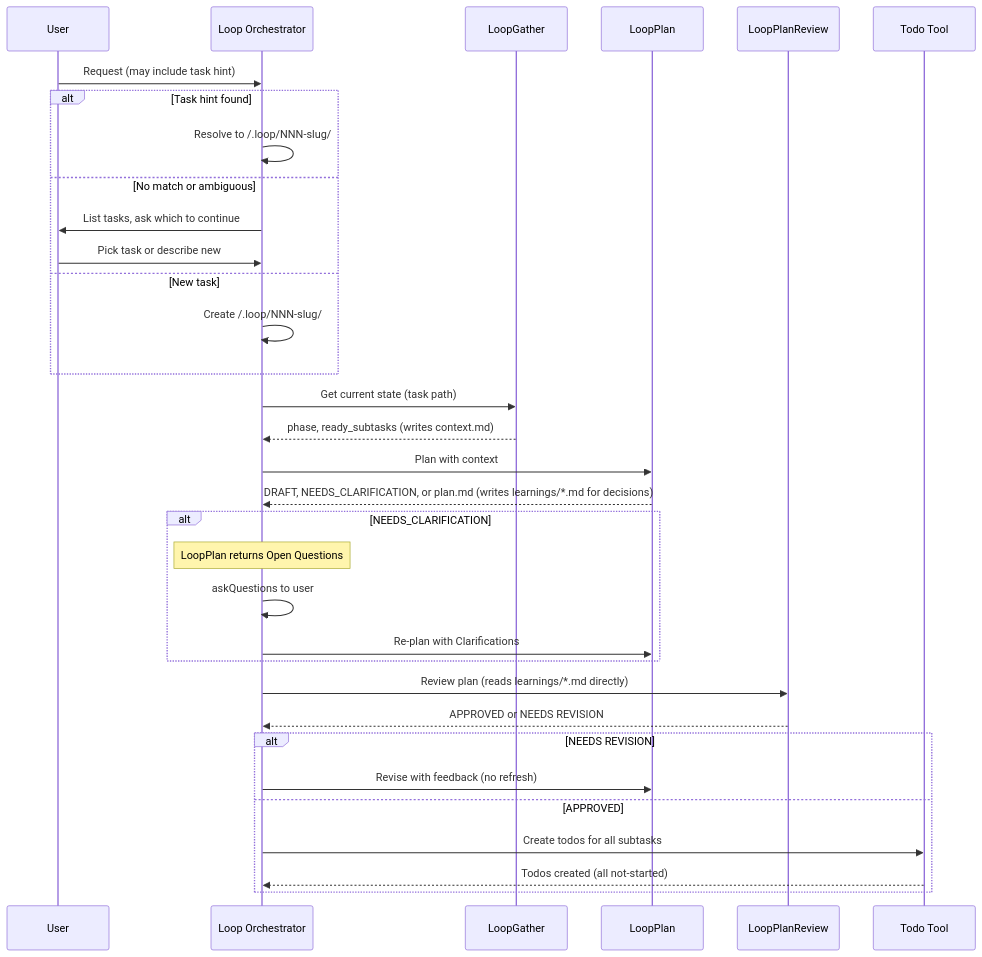
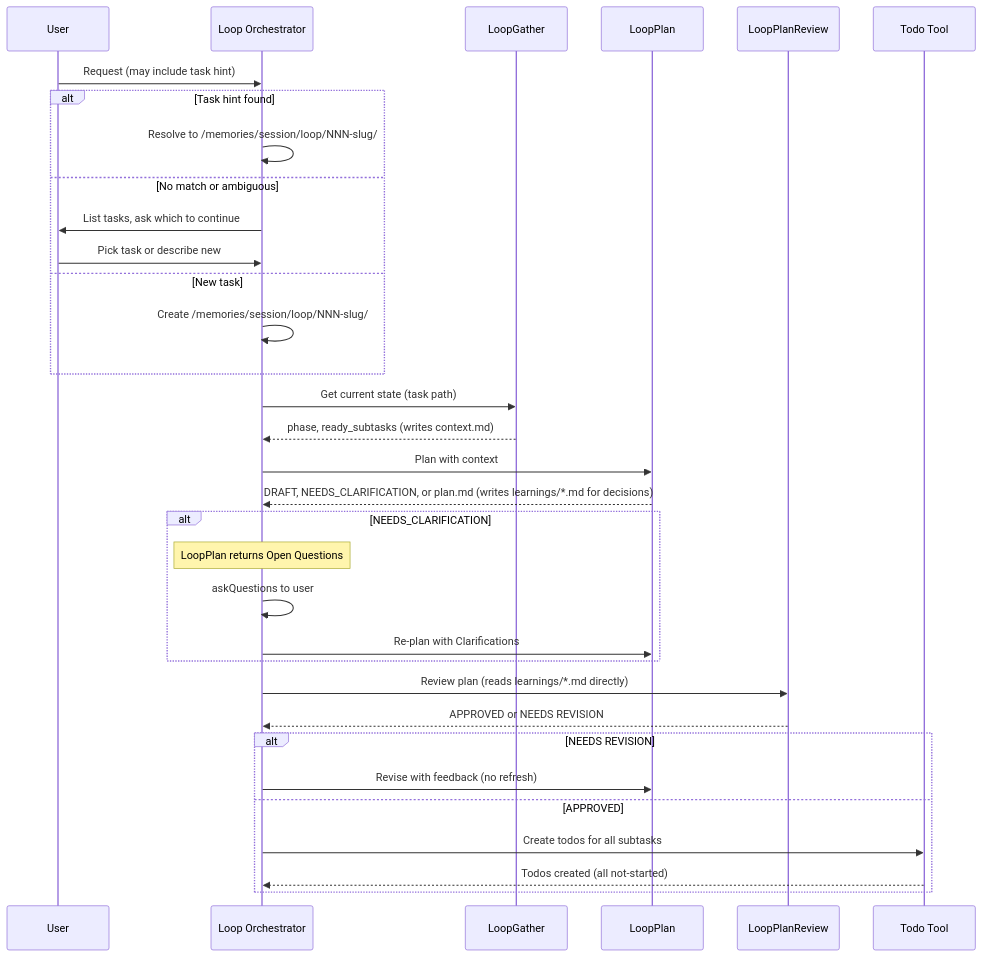
Before and after one commit to digitarald/loop-agent: the second of 4 diagrams in README.md, drawn with Mermaid. The commit also changed other lines of this file and 9 other files, not shown here.

Commit message:
docs: align README thesis with actual agent flow, add visual verification and model tier routing

````diff
--- a/README.md
+++ b/README.md
@@ -102,42 +102,42 @@
 ```mermaid
 sequenceDiagram
     participant User
     participant Orch as Loop Orchestrator
     participant LoopGather
     participant LoopPlan
     participant LoopPlanReview
     participant Todo as Todo Tool
     
     User->>Orch: Request (may include task hint)
     
     alt Task hint found
-        Orch->>Orch: Resolve to /.loop/NNN-slug/
+        Orch->>Orch: Resolve to /memories/session/loop/NNN-slug/
     else No match or ambiguous
         Orch->>User: List tasks, ask which to continue
         User->>Orch: Pick task or describe new
     else New task
-        Orch->>Orch: Create /.loop/NNN-slug/
+        Orch->>Orch: Create /memories/session/loop/NNN-slug/
     end
     
     Orch->>LoopGather: Get current state (task path)
     LoopGather-->>Orch: phase, ready_subtasks (writes context.md)
     
     Orch->>LoopPlan: Plan with context
     LoopPlan-->>Orch: DRAFT, NEEDS_CLARIFICATION, or plan.md (writes learnings/*.md for decisions)
     
     alt NEEDS_CLARIFICATION
         Note over Orch: LoopPlan returns Open Questions
         Orch->>Orch: askQuestions to user
         Orch->>LoopPlan: Re-plan with Clarifications
     end
     
     Orch->>LoopPlanReview: Review plan (reads learnings/*.md directly)
     LoopPlanReview-->>Orch: APPROVED or NEEDS REVISION
     
     alt NEEDS REVISION
         Orch->>LoopPlan: Revise with feedback (no refresh)
     else APPROVED
         Orch->>Todo: Create todos for all subtasks
         Todo-->>Orch: Todos created (all not-started)
     end
 ```
````
